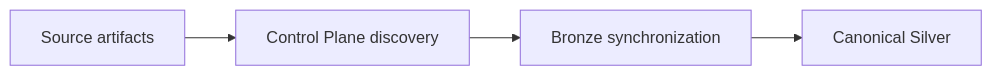
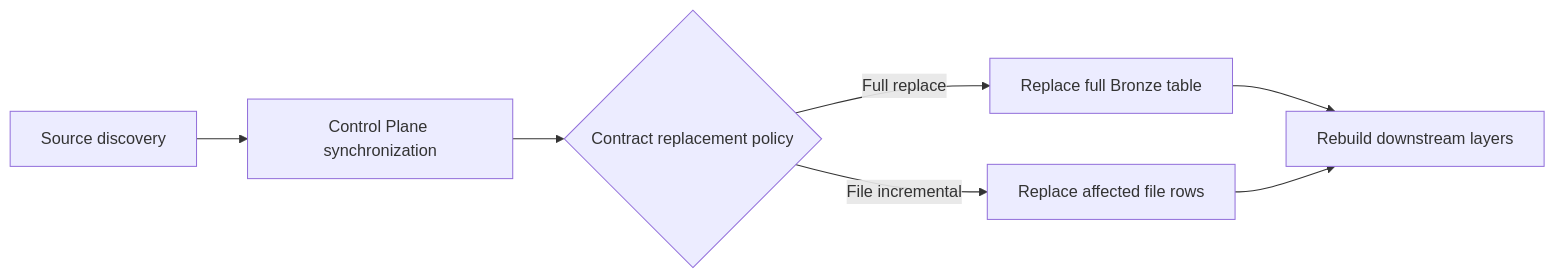
Before and after one commit to tks18/personal-finance-etl: the diagram in docs/reference/bronze-data-contracts.md, drawn with Mermaid. The commit also changed other lines of this file, not shown here.

````diff
--- a/docs/reference/bronze-data-contracts.md
+++ b/docs/reference/bronze-data-contracts.md
@@ -5,4 +5,9 @@
 ```mermaid
 flowchart LR
-A["Source artifacts"] --> B["Control Plane discovery"] --> C["Bronze synchronization"] --> D["Canonical Silver"]
+ A[Source discovery] --> B[Control Plane synchronization]
+ B --> C{Contract replacement policy}
+ C -->|Full replace| D[Replace full Bronze table]
+ C -->|File incremental| E[Replace affected file rows]
+ D --> F[Rebuild downstream layers]
+ E --> F
 ```
````
